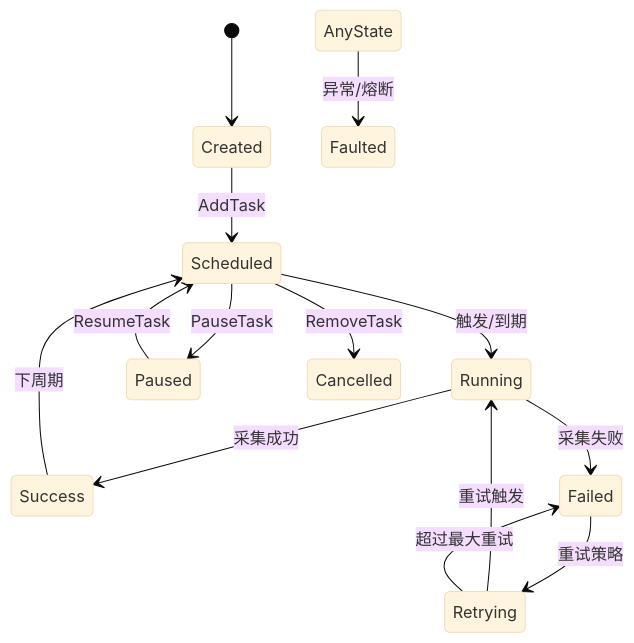
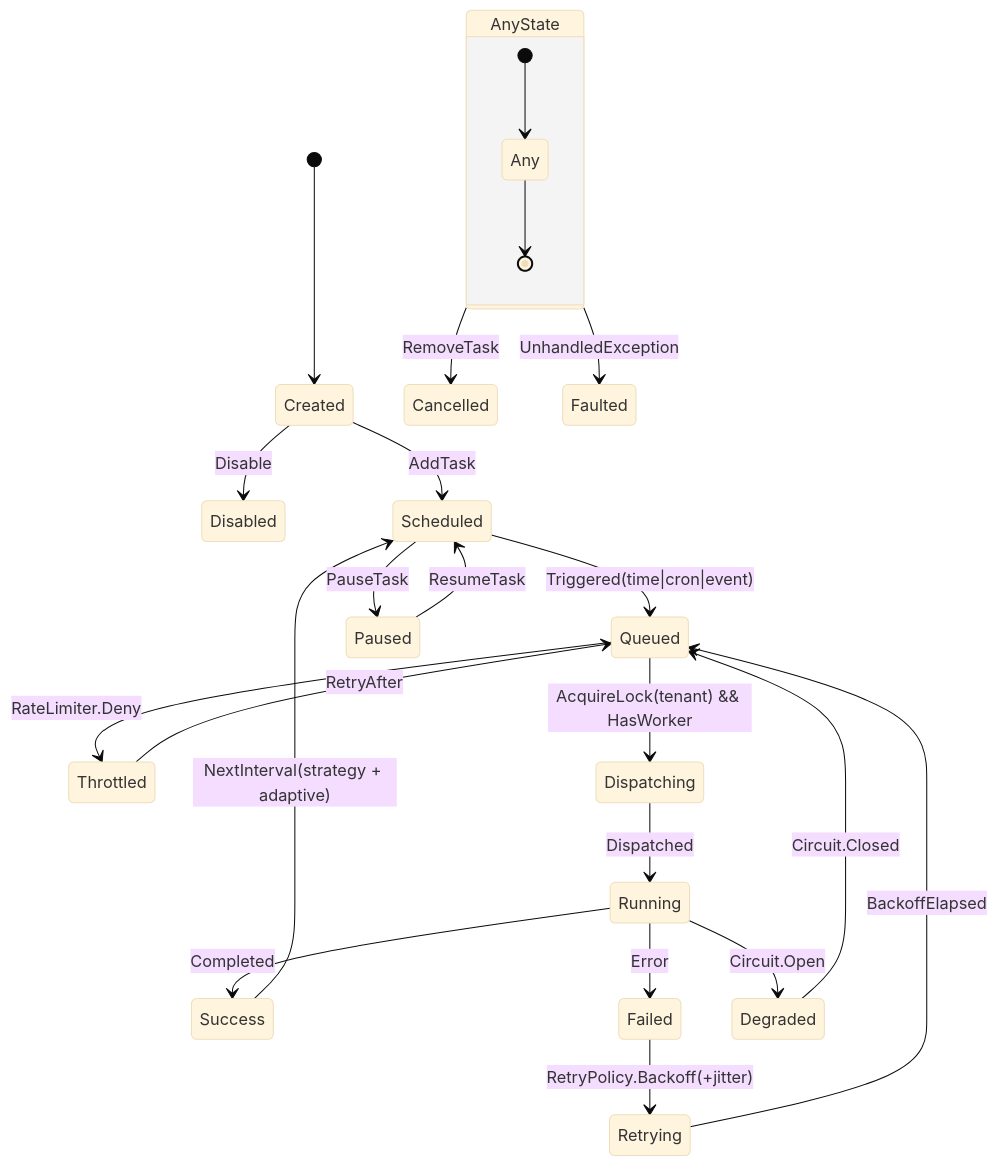
One commit to eatbs0956/FA_Device_Data_Collector_Public changed the sixth of 19 diagrams in 01_Doc/01_PJDesign/05_LLD_工业数据采集系统详细设计.md. Above: the diagram before and after it, drawn with Mermaid (base theme). The commit also changed other lines of this file, not shown here.

````diff
--- a/01_Doc/01_PJDesign/05_LLD_工业数据采集系统详细设计.md
+++ b/01_Doc/01_PJDesign/05_LLD_工业数据采集系统详细设计.md
@@ -1607,16 +1917,35 @@
 ```mermaid
 stateDiagram-v2
+    %% 创建/启停
     [*] --> Created
-    Created --> Scheduled : AddTask
-    Scheduled --> Running : 触发/到期
-    Running --> Success : 采集成功
-    Running --> Failed : 采集失败
-    Failed --> Retrying : 重试策略
-    Retrying --> Running : 重试触发
-    Success --> Scheduled : 下周期
-    Retrying --> Failed : 超过最大重试
-    Scheduled --> Paused : PauseTask
-    Paused --> Scheduled : ResumeTask
-    Scheduled --> Cancelled : RemoveTask
-    AnyState --> Faulted : 异常/熔断
+    Created --> Disabled: Disable
+    Created --> Scheduled: AddTask
+
+    %% 触发→排队→分发→执行
+    Scheduled --> Queued: Triggered(time|cron|event)
+    Queued --> Throttled: RateLimiter.Deny
+    Throttled --> Queued: RetryAfter
+    Queued --> Dispatching: AcquireLock(tenant) && HasWorker
+    Dispatching --> Running: Dispatched
+
+    %% 执行结果与治理
+    Running --> Success: Completed
+    Running --> Failed: Error
+    Failed --> Retrying: RetryPolicy.Backoff(+jitter)
+    Retrying --> Queued: BackoffElapsed
+    Running --> Degraded: Circuit.Open
+    Degraded --> Queued: Circuit.Closed
+
+    %% 运维控制
+    Scheduled --> Paused: PauseTask
+    Paused --> Scheduled: ResumeTask
+    state AnyState {
+      [*] --> Any
+      Any --> [*]
+    }
+    AnyState --> Cancelled: RemoveTask
+    AnyState --> Faulted: UnhandledException
+
+    %% 周期闭环（含自适应）
+    Success --> Scheduled: NextInterval(strategy + adaptive)
 ```
````
